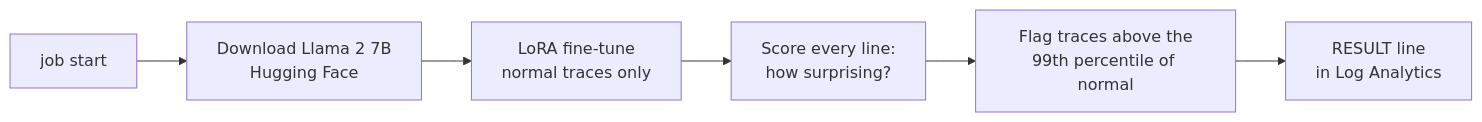
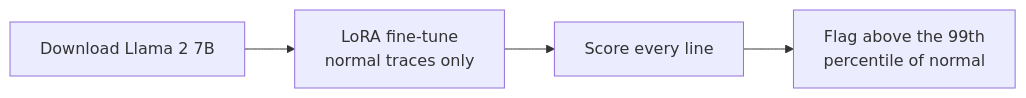
Before and after one commit to AliRezaFarahnak-Customer-Demos/log-anomaly-gpu-vs-llm-poc: the second of 5 diagrams in README.md, drawn with Mermaid. The commit also changed other lines of this file, not shown here.

Commit message:
README: minimal, best LLM case only, LLM vs GPU by volume

````diff
--- a/README.md
+++ b/README.md
@@ -21,8 +20,4 @@
 ```mermaid
 flowchart LR
-    start["job start"] --> dl["Download Llama 2 7B<br/>Hugging Face"]
-    dl --> train["LoRA fine-tune<br/>normal traces only"]
-    train --> score["Score every line:<br/>how surprising?"]
-    score --> flag["Flag traces above the<br/>99th percentile of normal"]
-    flag --> out["RESULT line<br/>in Log Analytics"]
+    a["Download Llama 2 7B"] --> b["LoRA fine-tune<br/>normal traces only"] --> c["Score every line"] --> d["Flag above the 99th<br/>percentile of normal"]
 ```
````
